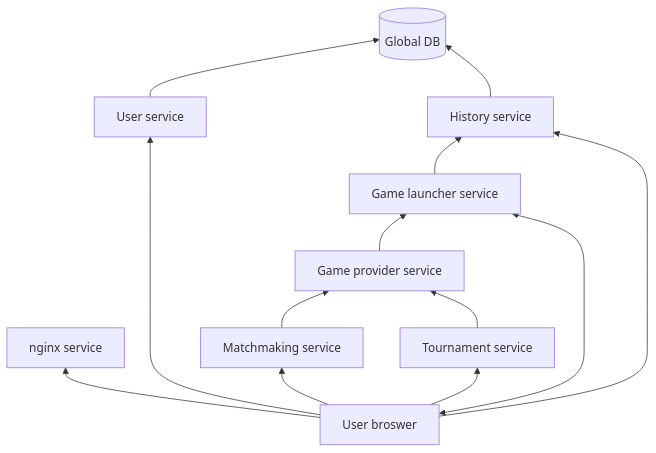
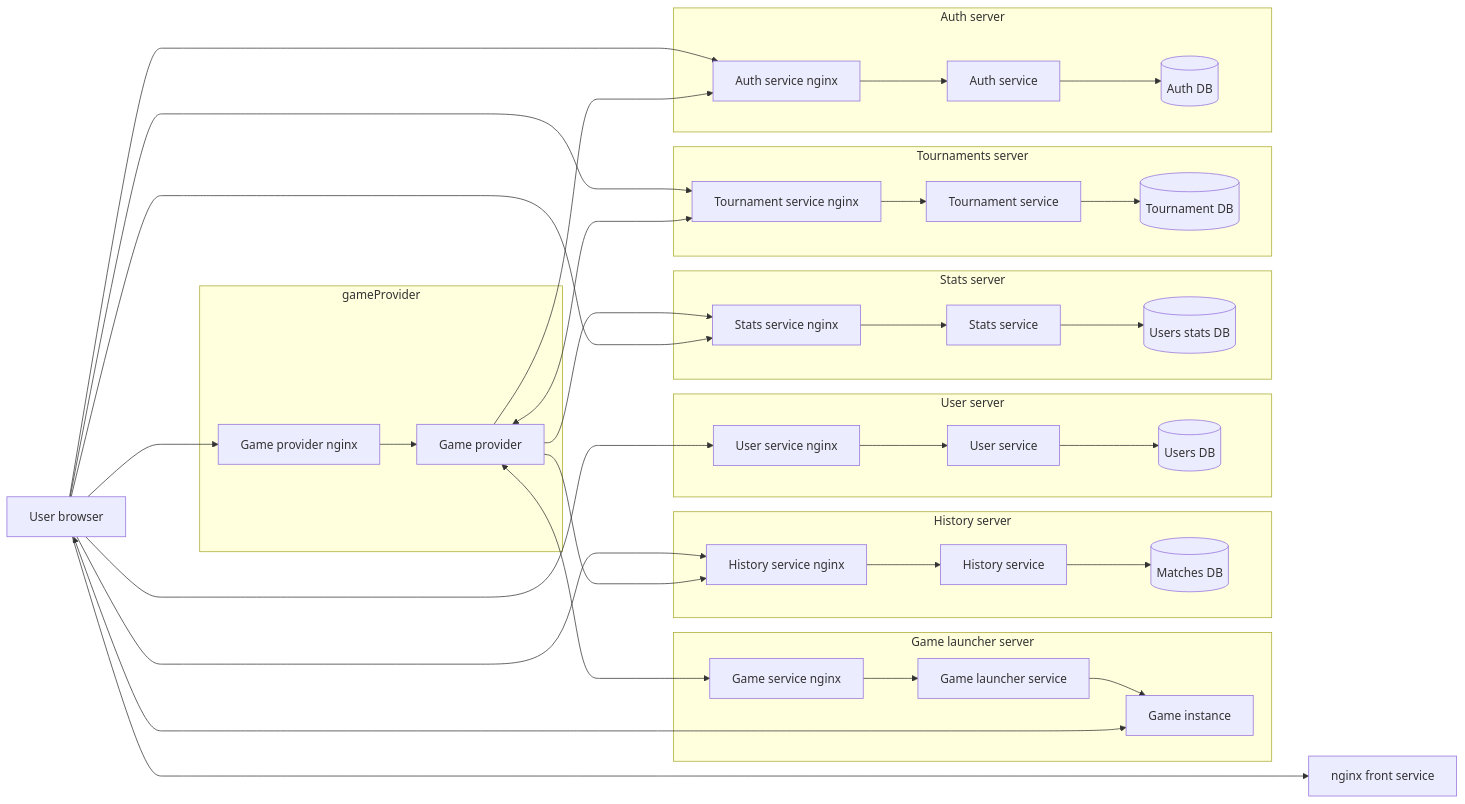
Before and after one commit to our-transcendence/.github: the first of 2 diagrams in profile/README.md, drawn with Mermaid.

````diff
--- a/profile/README.md
+++ b/profile/README.md
@@ -5,24 +5,51 @@
 ```mermaid
-flowchart BT
-	browser["User broswer"]
-	nginx["nginx service"]
-	user["User service"]
-	globalDB[(Global DB)]
-	matchmaking["Matchmaking service"]
-	gameProvider["Game provider service"]
-	gameLauncher["Game launcher service"]
-	history["History service"]
-	tournament["Tournament service"]
-  browser --> nginx
-  browser --> user
-  user --> globalDB
-  browser --> matchmaking
-  matchmaking --> gameProvider
-  gameProvider --> gameLauncher
-  browser <--> gameLauncher
-  gameLauncher --> history
-  history --> globalDB
-  browser --> history
-  browser --> tournament
-  tournament --> gameProvider
+flowchart LR
+	nginxFront["nginx front service"]
+	browser["User browser"]
+	subgraph pongLauncher["Game launcher server"]
+        gameInstance["Game instance"]
+	    gameLauncherService["Game launcher service"]
+        gameLauncherNginx["Game service nginx"]
+	end
+    subgraph history["History server"]
+        historyNginx["History service nginx"] -->
+	    historyService["History service"] -->
+	    matchDB[(Matches DB)]
+    end
+    subgraph user["User server"]
+        userNginx["User service nginx"] -->
+        userService["User service"] -->
+	    userDB[(Users DB)]
+    end
+    subgraph stats["Stats server"]
+	    statsNginx["Stats service nginx"] -->
+	    statsService["Stats service"] -->
+	    statsDB[(Users stats DB)]
+    end
+    subgraph tournament["Tournaments server"]
+	    tournamentNginx["Tournament service nginx"] -->
+	    tournamentService["Tournament service"] -->
+	    tournamentDB[(Tournament DB)]
+    end
+    subgraph auth["Auth server"]
+        authNginx["Auth service nginx"] -->
+        authService["Auth service"] -->
+        authDB[(Auth DB)]
+    end
+    subgraph gameProvider
+	    gameProviderService["Game provider"]
+	    gameProviderNginx["Game provider nginx"]
+    end
+    browser ----------> nginxFront
+    browser ---> gameProviderNginx
+    gameProviderService ----> historyNginx & authNginx
+    gameProviderService <----> tournamentNginx
+    browser ---> statsNginx & tournamentNginx & historyNginx & authNginx
+    browser -------> userNginx
+    browser <--> gameInstance
+    gameLauncherNginx --> gameLauncherService --> gameInstance
+    gameProviderService <----> gameLauncherNginx
+    gameProviderNginx --> gameProviderService
+    gameProviderService ----> statsNginx
+	  
 ```
````
